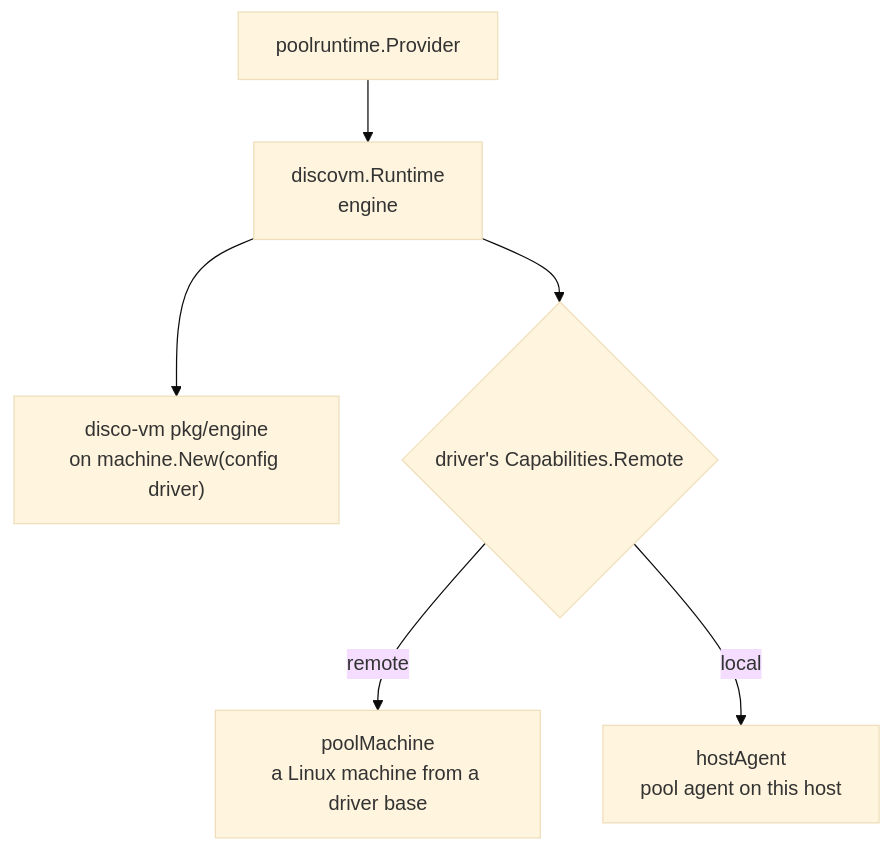
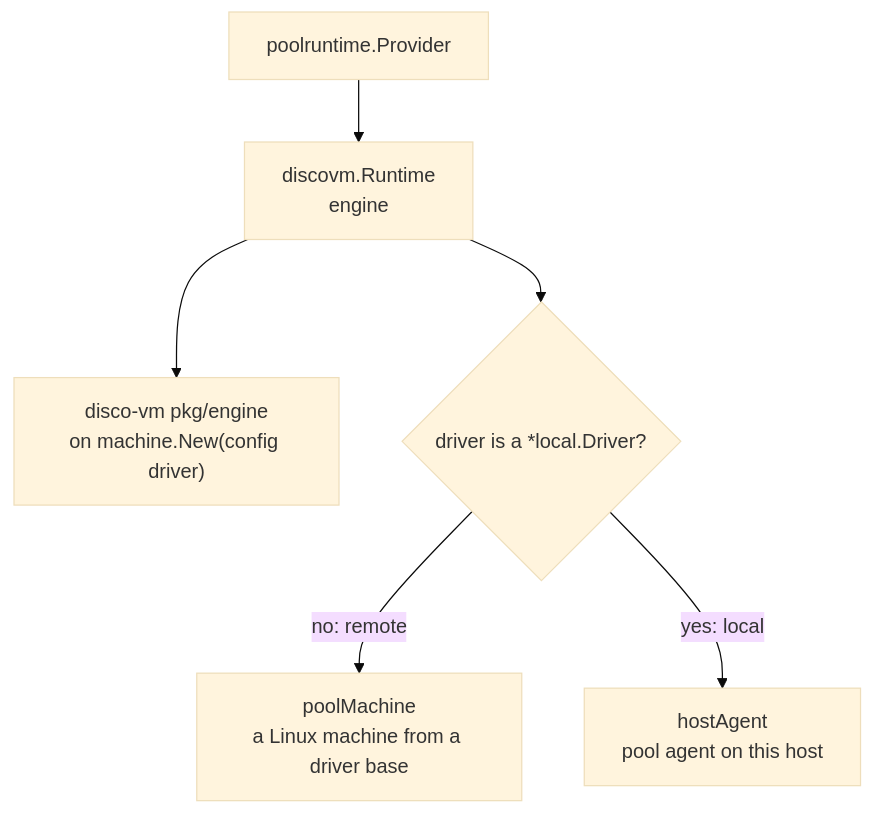
Before and after one commit to discobox-ai/discobox: the diagram in server/providers/discovm/DESIGN.md, drawn with Mermaid (base theme). The commit also changed other lines of this file and 11 other files, not shown here.

````diff
--- a/server/providers/discovm/DESIGN.md
+++ b/server/providers/discovm/DESIGN.md
@@ -13,15 +14,15 @@
 ```mermaid
 flowchart TD
     pool["poolruntime.Provider"]
     runtime["discovm.Runtime\nengine"]
     engine["disco-vm pkg/engine\non machine.New(config driver)"]
-    host{"driver's Capabilities.Remote"}
+    host{"driver is a *local.Driver?"}
     machine["poolMachine\na Linux machine from a driver base"]
     agent["hostAgent\npool agent on this host"]
 
     pool --> runtime
     runtime --> engine
     runtime --> host
-    host -- remote --> machine
-    host -- local --> agent
+    host -- no: remote --> machine
+    host -- yes: local --> agent
 ```
````
